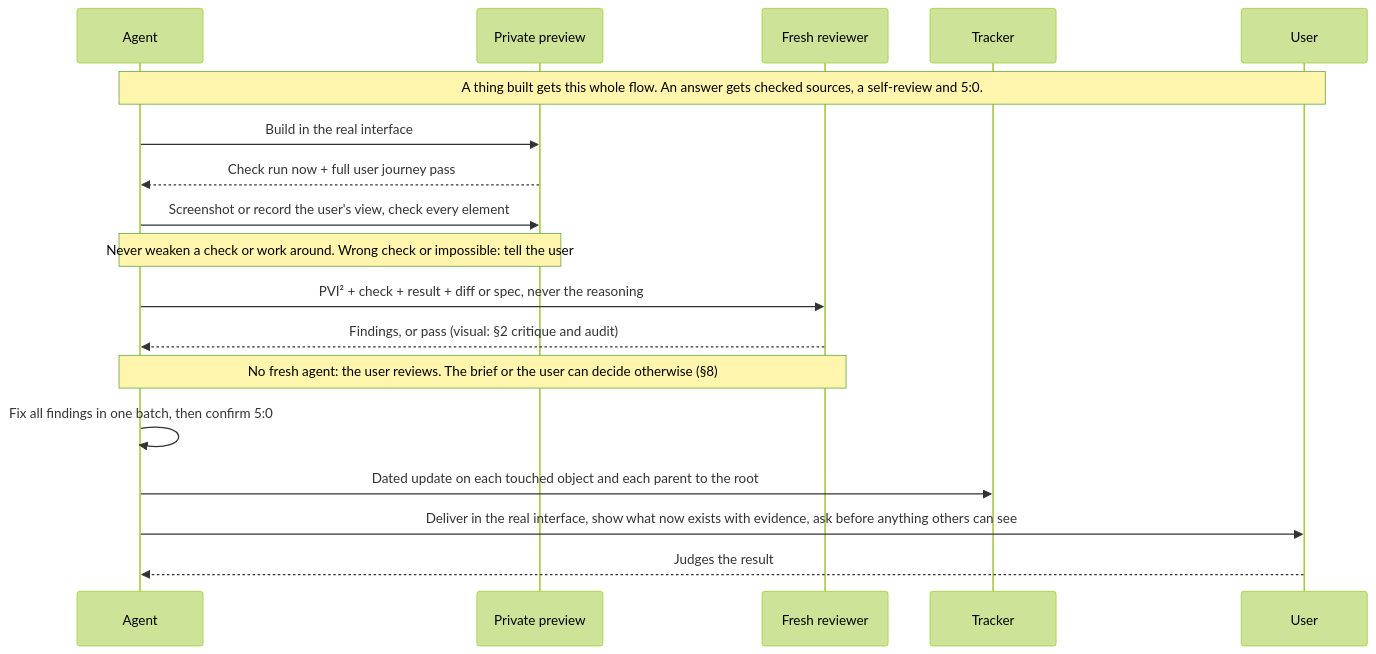
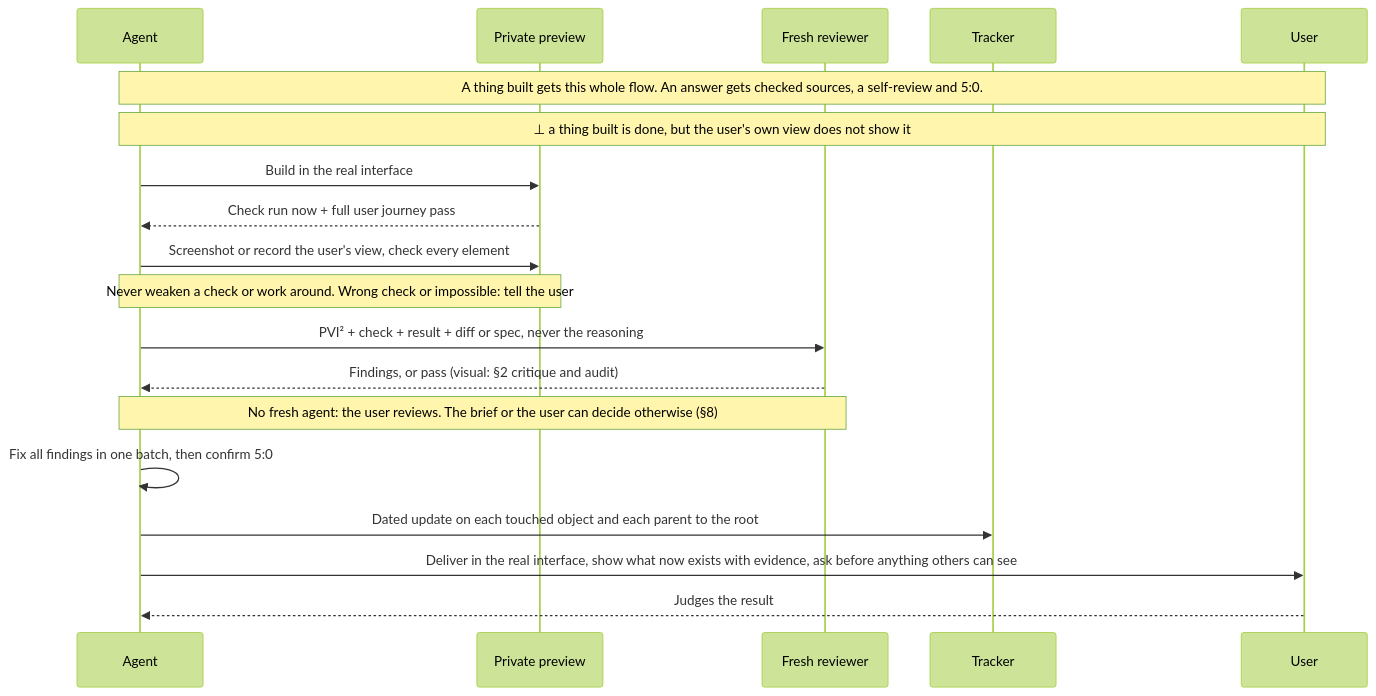
Diagram 11 of 14 in AGENTS.md (SolenixAI/arbiter), drawn with Mermaid (forest theme) before and after one commit. The commit also changed other lines of this file, not shown here.

````diff
--- a/AGENTS.md
+++ b/AGENTS.md
@@ -474,20 +507,21 @@
 ```mermaid
 sequenceDiagram
   participant A as Agent
   participant P as Private preview
   participant R as Fresh reviewer
   participant T as Tracker
   participant U as User
   Note over A,U: A thing built gets this whole flow. An answer gets checked sources, a self-review and 5:0.
+  Note over A,U: ⊥ a thing built is done, but the user's own view does not show it
   A->>P: Build in the real interface
   P-->>A: Check run now + full user journey pass
   A->>P: Screenshot or record the user's view, check every element
   Note over A,P: Never weaken a check or work around. Wrong check or impossible: tell the user
   A->>R: PVI² + check + result + diff or spec, never the reasoning
   R-->>A: Findings, or pass (visual: §2 critique and audit)
   Note over A,R: No fresh agent: the user reviews. The brief or the user can decide otherwise (§8)
   A->>A: Fix all findings in one batch, then confirm 5:0
   A->>T: Dated update on each touched object and each parent to the root
   A->>U: Deliver in the real interface, show what now exists with evidence, ask before anything others can see
   U-->>A: Judges the result
 ```
````
